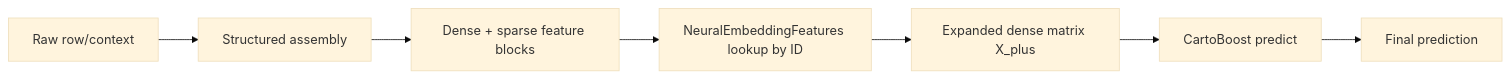
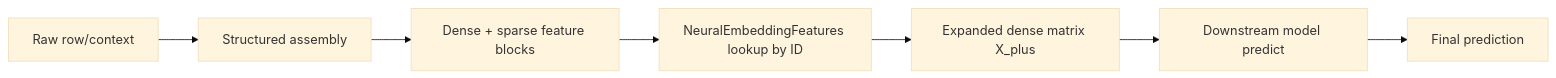
The second of 5 diagrams in docs/neural-features.md (albrmar/cartoboost), drawn with Mermaid (base theme) before and after one commit. The commit also changed other lines of this file and 4 other files, not shown here.

Commit message:
Document standalone graph and neural usage

````diff
--- a/docs/neural-features.md
+++ b/docs/neural-features.md
@@ -42,9 +114,9 @@
 ```mermaid
 flowchart LR
     R[Raw row/context] --> A[Structured assembly]
     A --> B[Dense + sparse feature blocks]
     B --> C[NeuralEmbeddingFeatures lookup by ID]
     C --> D[Expanded dense matrix X_plus]
-    D --> E[CartoBoost predict]
+    D --> E[Downstream model predict]
     E --> F[Final prediction]
 ```
````
